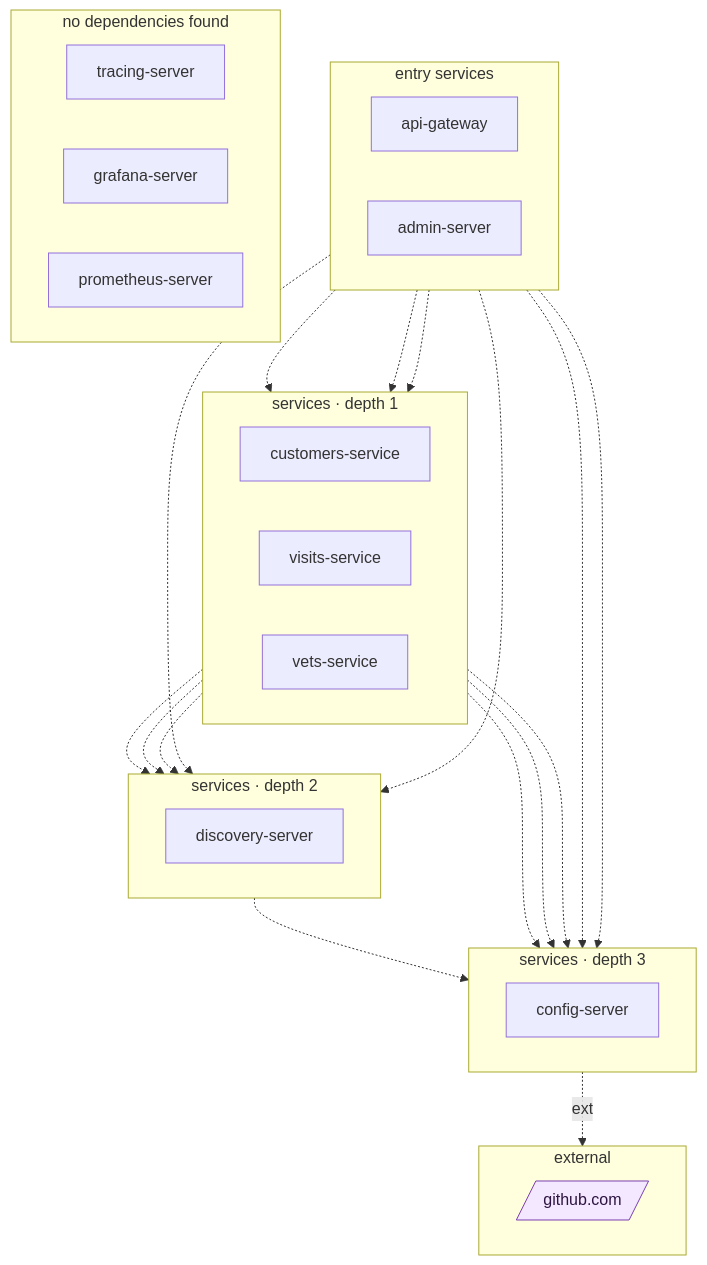
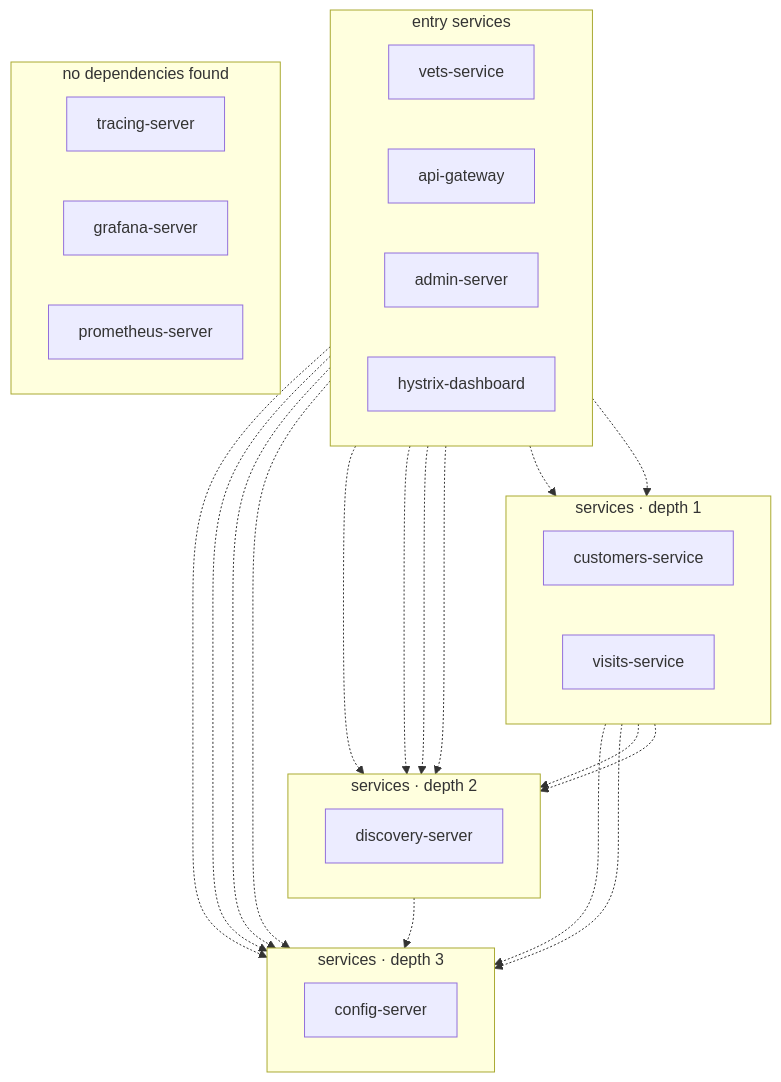
The diagram in docs/generalization/external/spring-petclinic.mmd (ANYuu531/ChatOps4Msa-Pipeline), drawn with Mermaid before and after one commit. The commit also changed 29 other files, not shown here.

First line of the commit message:
generalization: align third-party comparison to the dataset's real graph date (2019-08-19)

```diff
--- a/docs/generalization/external/spring-petclinic.mmd
+++ b/docs/generalization/external/spring-petclinic.mmd
@@ -1,49 +1,45 @@
 flowchart TB
 %% DepWeaver — microservice dependency graph
 %% solid arrow = observed at runtime (Istio) · dashed = declared in code/doc only
 %% node shape: [service] ([gateway]) [(db)] {{queue}} [/external/]
   subgraph layer0 ["entry services"]
     direction LR
+    vets_service["vets-service"]
     api_gateway["api-gateway"]
     admin_server["admin-server"]
+    hystrix_dashboard["hystrix-dashboard"]
   end
   subgraph layer1 ["services · depth 1"]
     direction LR
     customers_service["customers-service"]
     visits_service["visits-service"]
-    vets_service["vets-service"]
   end
   subgraph layer2 ["services · depth 2"]
     direction LR
     discovery_server["discovery-server"]
   end
   subgraph layer3 ["services · depth 3"]
     direction LR
     config_server["config-server"]
   end
-  subgraph layer4 ["external"]
-    direction LR
-    github_com[/"github.com"/]:::external
-  end
-  subgraph layer5 ["no dependencies found"]
+  subgraph layer4 ["no dependencies found"]
     direction LR
     tracing_server["tracing-server"]
     grafana_server["grafana-server"]
     prometheus_server["prometheus-server"]
   end
   api_gateway -.-> customers_service
   api_gateway -.-> visits_service
-  config_server -. ext .-> github_com
-  api_gateway -.-> vets_service
   discovery_server -.-> config_server
   customers_service -.-> config_server
   customers_service -.-> discovery_server
   visits_service -.-> config_server
   visits_service -.-> discovery_server
   vets_service -.-> config_server
   vets_service -.-> discovery_server
   api_gateway -.-> config_server
   api_gateway -.-> discovery_server
   admin_server -.-> config_server
   admin_server -.-> discovery_server
-classDef external fill:#f3e8ff,stroke:#7a3fb0,color:#2e1440;
+  hystrix_dashboard -.-> config_server
+  hystrix_dashboard -.-> discovery_server
```
